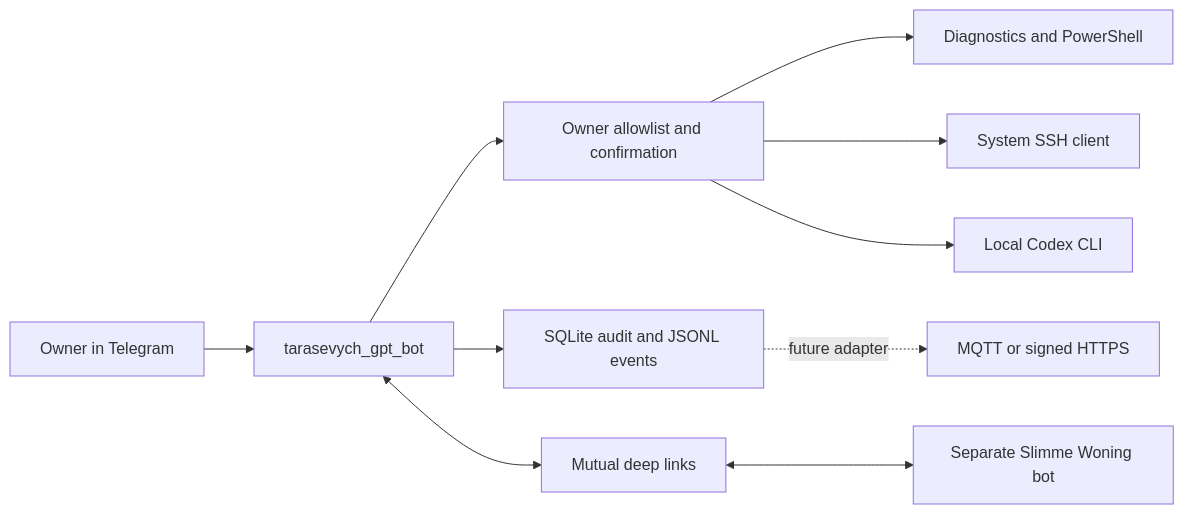
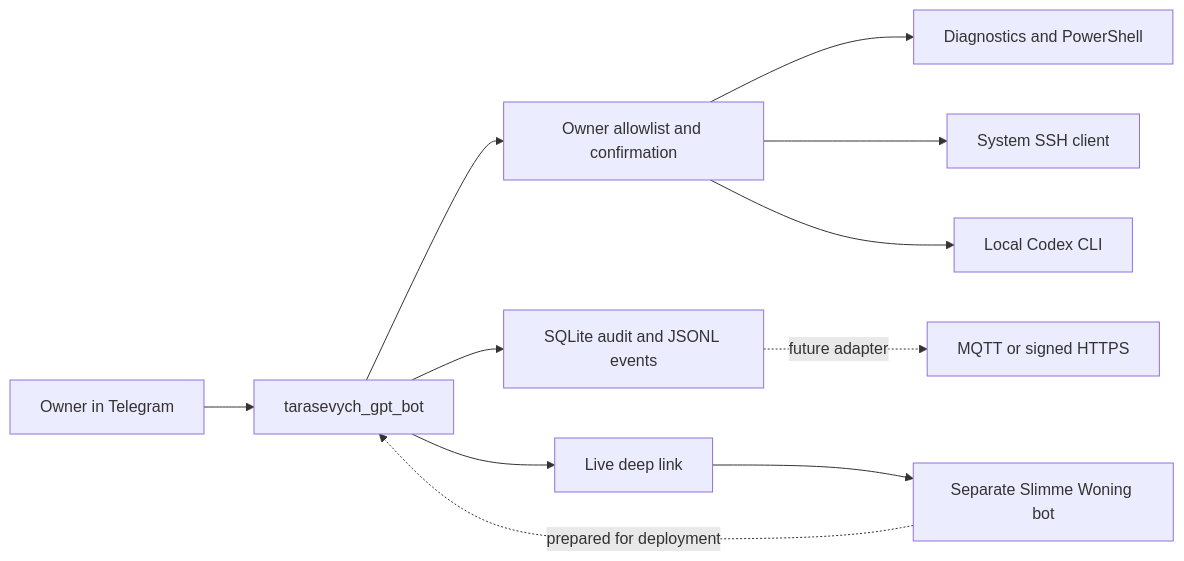
One commit to Tarasevych/telegram-pc-beheer changed the diagram in documentatie/en/architectuur.md. Above: the diagram before and after it, drawn with Mermaid. The commit also changed other lines of this file and 7 other files, not shown here.

````diff
--- a/documentatie/en/architectuur.md
+++ b/documentatie/en/architectuur.md
@@ -3,12 +3,13 @@
 ```mermaid
 flowchart LR
   U[Owner in Telegram] --> B[tarasevych_gpt_bot]
   B --> A[Owner allowlist and confirmation]
   A --> P[Diagnostics and PowerShell]
   A --> S[System SSH client]
   A --> C[Local Codex CLI]
   B --> L[SQLite audit and JSONL events]
-  B <--> D[Mutual deep links]
-  D <--> H[Separate Slimme Woning bot]
+  B --> D[Live deep link]
+  D --> H[Separate Slimme Woning bot]
+  H -. prepared for deployment .-> B
   L -. future adapter .-> M[MQTT or signed HTTPS]
 ```
````
